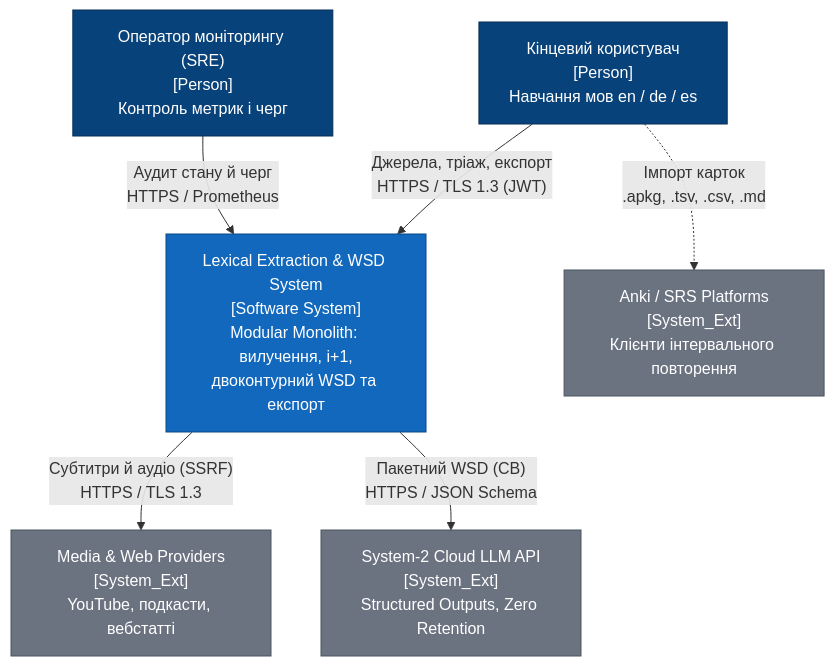
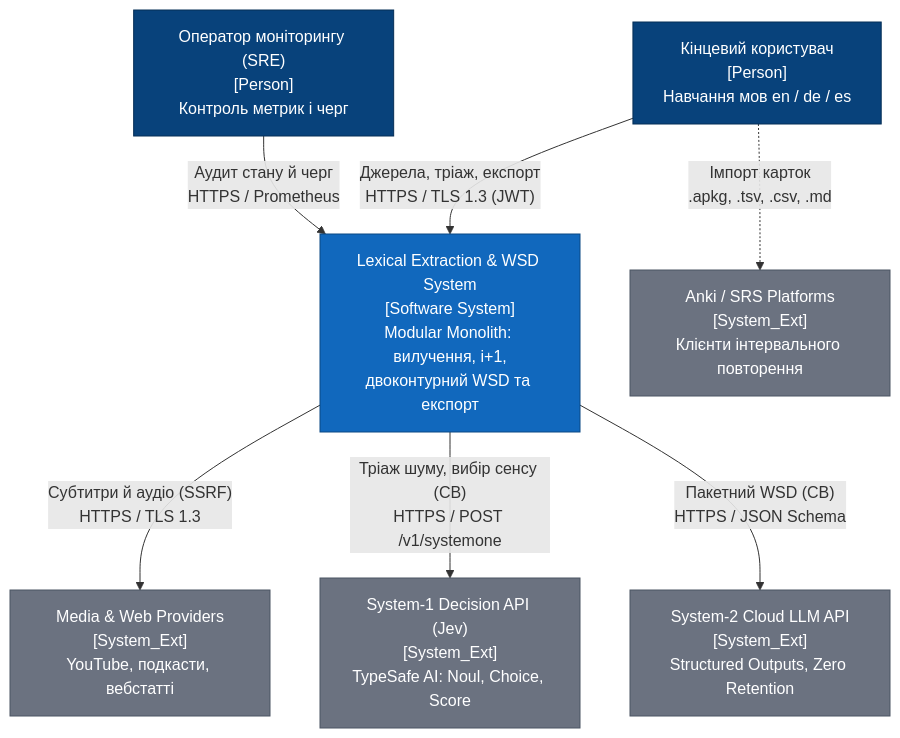
Before and after one commit to endi-27/F2-diploma-project: the first of 3 diagrams in docs/2_design.md, drawn with Mermaid. The commit also changed other lines of this file and 3 other files, not shown here.

Commit message:
docs(arch): model System-1 Jev (TypeSafe AI) accurately as external Decision API

````diff
--- a/docs/2_design.md
+++ b/docs/2_design.md
@@ -18,21 +18,23 @@
 ```mermaid
 flowchart TB
     classDef person fill:#08427B,stroke:#052E56,color:#FFFFFF
     classDef system fill:#1168BD,stroke:#0B4884,color:#FFFFFF
     classDef ext fill:#6B7280,stroke:#4B5563,color:#FFFFFF
 
     User["Кінцевий користувач<br/>[Person]<br/>Навчання мов en / de / es"]:::person
     SRE["Оператор моніторингу (SRE)<br/>[Person]<br/>Контроль метрик і черг"]:::person
 
     LexSys["Lexical Extraction & WSD System<br/>[Software System]<br/>Modular Monolith: вилучення, i+1,<br/>двоконтурний WSD та експорт"]:::system
 
     MediaExt["Media & Web Providers<br/>[System_Ext]<br/>YouTube, подкасти, вебстатті"]:::ext
+    JevExt["System-1 Decision API (Jev)<br/>[System_Ext]<br/>TypeSafe AI: Noul, Choice, Score"]:::ext
     LLMExt["System-2 Cloud LLM API<br/>[System_Ext]<br/>Structured Outputs, Zero Retention"]:::ext
     AnkiExt["Anki / SRS Platforms<br/>[System_Ext]<br/>Клієнти інтервального повторення"]:::ext
 
     User -->|"Джерела, тріаж, експорт<br/>HTTPS / TLS 1.3 (JWT)"| LexSys
     SRE -->|"Аудит стану й черг<br/>HTTPS / Prometheus"| LexSys
     LexSys -->|"Субтитри й аудіо (SSRF)<br/>HTTPS / TLS 1.3"| MediaExt
+    LexSys -->|"Тріаж шуму, вибір сенсу (CB)<br/>HTTPS / POST /v1/systemone"| JevExt
     LexSys -->|"Пакетний WSD (CB)<br/>HTTPS / JSON Schema"| LLMExt
     User -.->|"Імпорт карток<br/>.apkg, .tsv, .csv, .md"| AnkiExt
 ```
````
